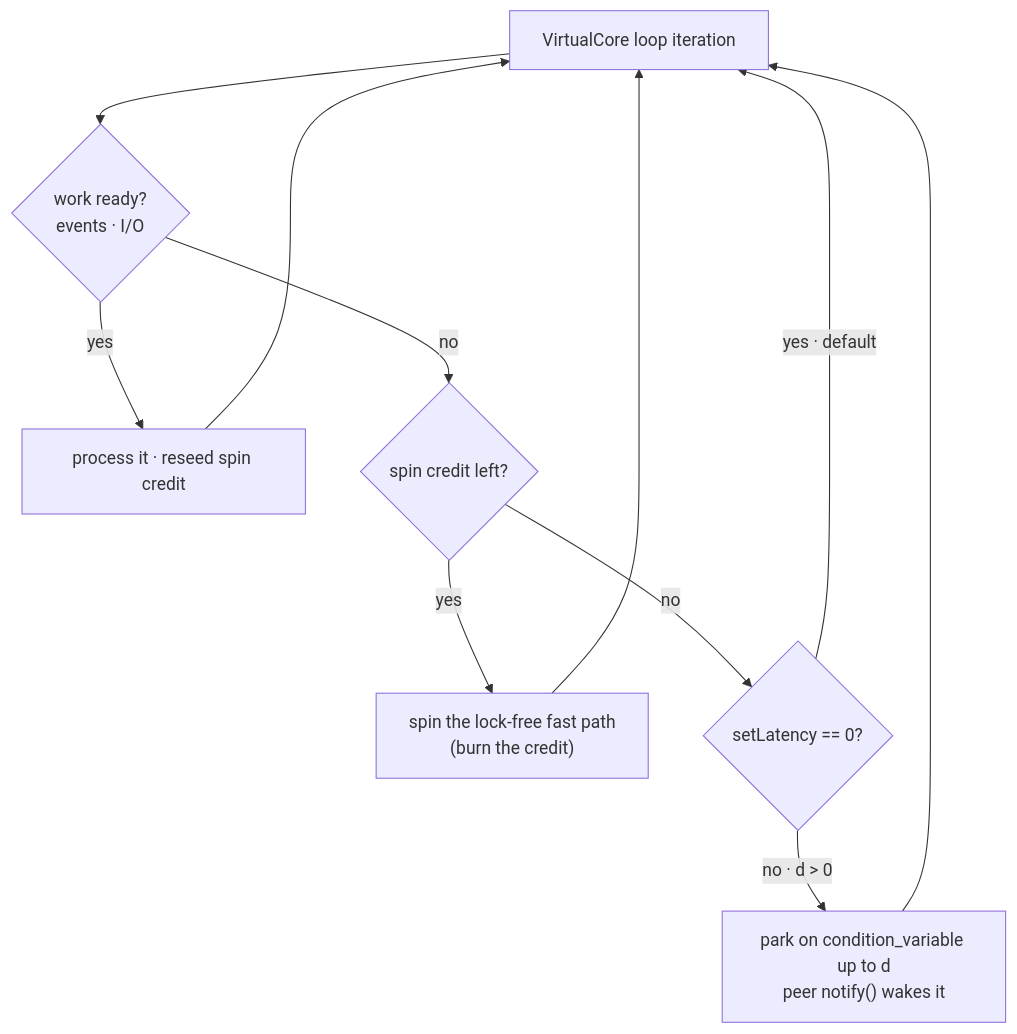
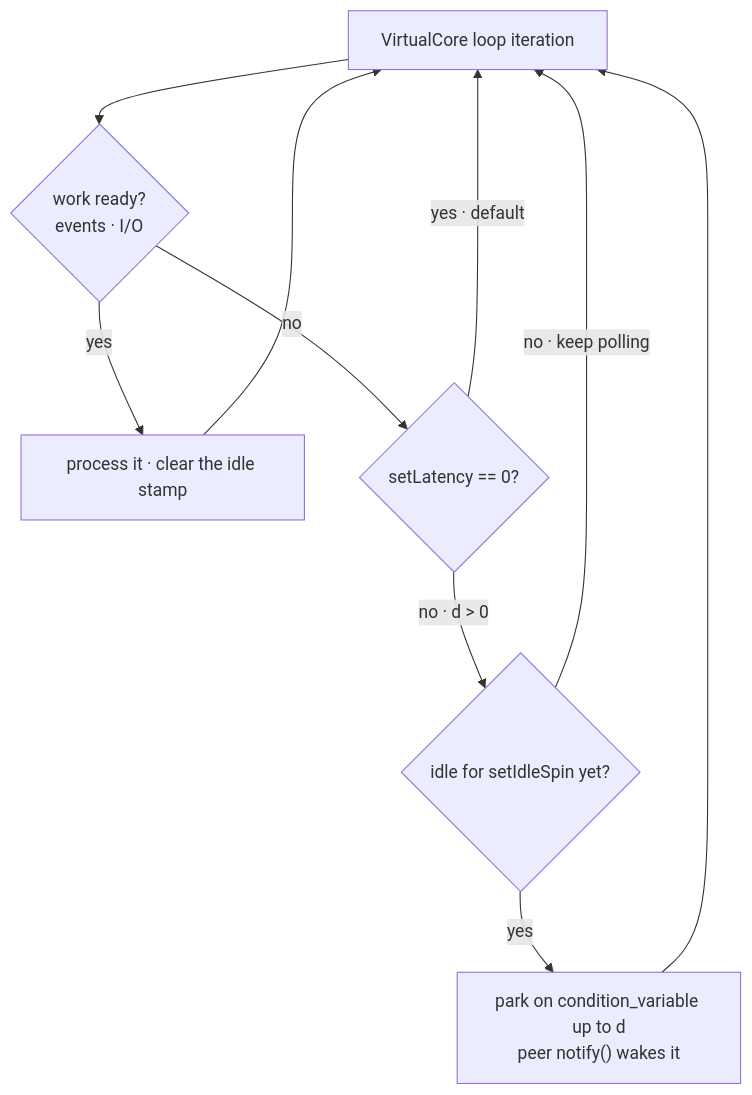
The diagram in readme/2_core_concepts/threading_model.md (isndev/qb), drawn with Mermaid before and after one commit. The commit also changed other lines of this file and 42 other files, not shown here.

First line of the commit message:
core: race-free mailbox park handshake + time-based idle-spin floor (axes A/B/C)

````diff
--- a/readme/2_core_concepts/threading_model.md
+++ b/readme/2_core_concepts/threading_model.md
@@ -53,10 +54,10 @@
 ```mermaid
 flowchart TB
     Loop["VirtualCore loop iteration"] --> W{"work ready?<br/>events · I/O"}
-    W -- yes --> P["process it · reseed spin credit"] --> Loop
-    W -- no --> S{"spin credit left?"}
-    S -- yes --> Spin["spin the lock-free fast path<br/>(burn the credit)"] --> Loop
-    S -- no --> L{"setLatency == 0?"}
+    W -- yes --> P["process it · clear the idle stamp"] --> Loop
+    W -- no --> L{"setLatency == 0?"}
     L -- "yes · default" --> Loop
-    L -- "no · d > 0" --> Park["park on condition_variable up to d<br/>peer notify() wakes it"] --> Loop
+    L -- "no · d > 0" --> S{"idle for setIdleSpin yet?"}
+    S -- "no · keep polling" --> Loop
+    S -- yes --> Park["park on condition_variable up to d<br/>peer notify() wakes it"] --> Loop
 ```
````
